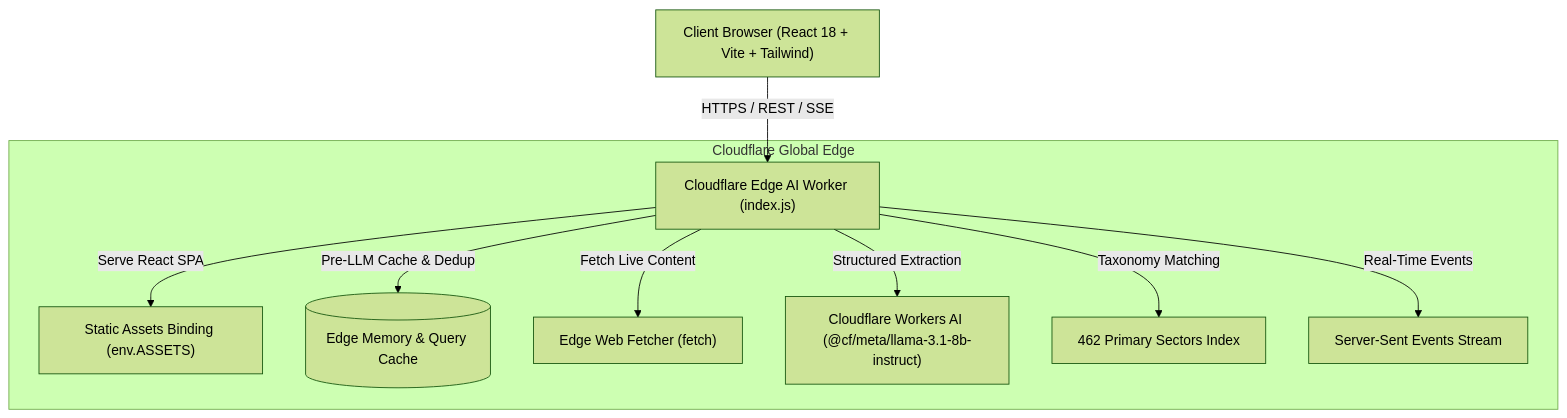
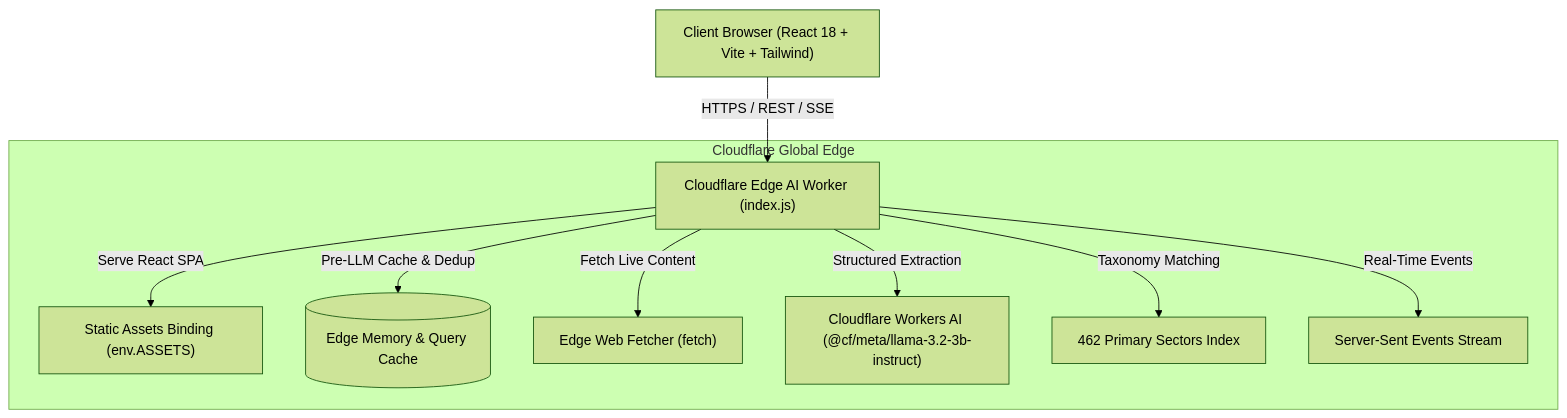
Before and after one commit to dasaridevika/project-intelligence-platform: the diagram in README.md, drawn with Mermaid (forest theme). The commit also changed other lines of this file and 5 other files, not shown here.

````diff
--- a/README.md
+++ b/README.md
@@ -40,13 +40,13 @@
 ```mermaid
 flowchart TD
     User["Client Browser (React 18 + Vite + Tailwind)"] -->|"HTTPS / REST / SSE"| Worker["Cloudflare Edge AI Worker (index.js)"]
     
     subgraph Cloudflare Global Edge
         Worker -->|"Serve React SPA"| Assets["Static Assets Binding (env.ASSETS)"]
         Worker -->|"Pre-LLM Cache & Dedup"| Cache[("Edge Memory & Query Cache")]
         Worker -->|"Fetch Live Content"| WebFetcher["Edge Web Fetcher (fetch)"]
-        Worker -->|"Structured Extraction"| WorkersAI["Cloudflare Workers AI (@cf/meta/llama-3.1-8b-instruct)"]
+        Worker -->|"Structured Extraction"| WorkersAI["Cloudflare Workers AI (@cf/meta/llama-3.2-3b-instruct)"]
         Worker -->|"Taxonomy Matching"| Taxonomy["462 Primary Sectors Index"]
         Worker -->|"Real-Time Events"| SSE["Server-Sent Events Stream"]
     end
 ```
````
